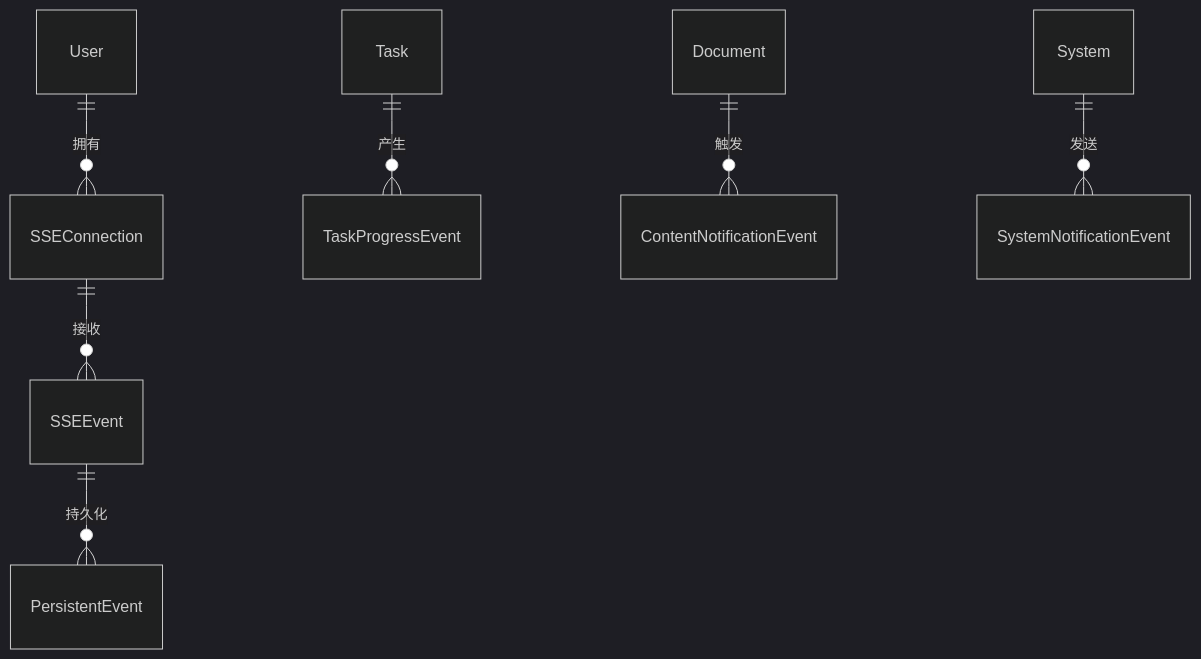
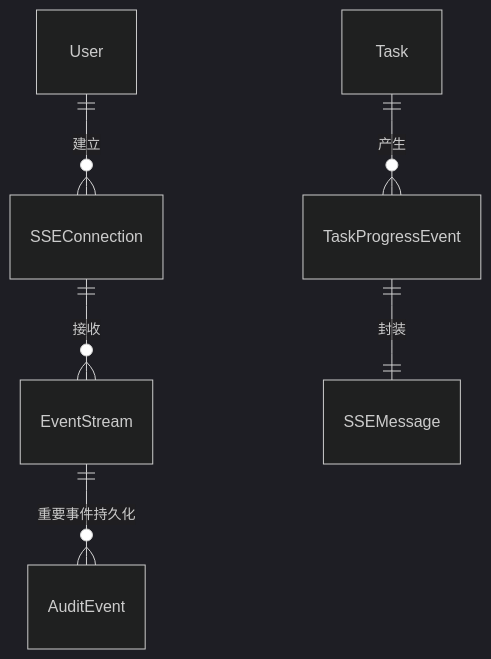
One commit to zhiyue/infinite-scribe changed the second of 5 diagrams in .tasks/implement-sse-2/design.md. Above: the diagram before and after it, drawn with Mermaid (dark theme). The commit also changed other lines of this file and 3 other files, not shown here.

````diff
--- a/.tasks/implement-sse-2/design.md
+++ b/.tasks/implement-sse-2/design.md
@@ -176,9 +494,8 @@
 ```mermaid
 erDiagram
-    User ||--o{ SSEConnection : "拥有"
-    SSEConnection ||--o{ SSEEvent : "接收"
+    User ||--o{ SSEConnection : "建立"
+    SSEConnection ||--o{ EventStream : "接收"
     Task ||--o{ TaskProgressEvent : "产生"
-    Document ||--o{ ContentNotificationEvent : "触发"
-    System ||--o{ SystemNotificationEvent : "发送"
-    SSEEvent ||--o{ PersistentEvent : "持久化"
+    TaskProgressEvent ||--|| SSEMessage : "封装"
+    EventStream ||--o{ AuditEvent : "重要事件持久化"
 ```
````
